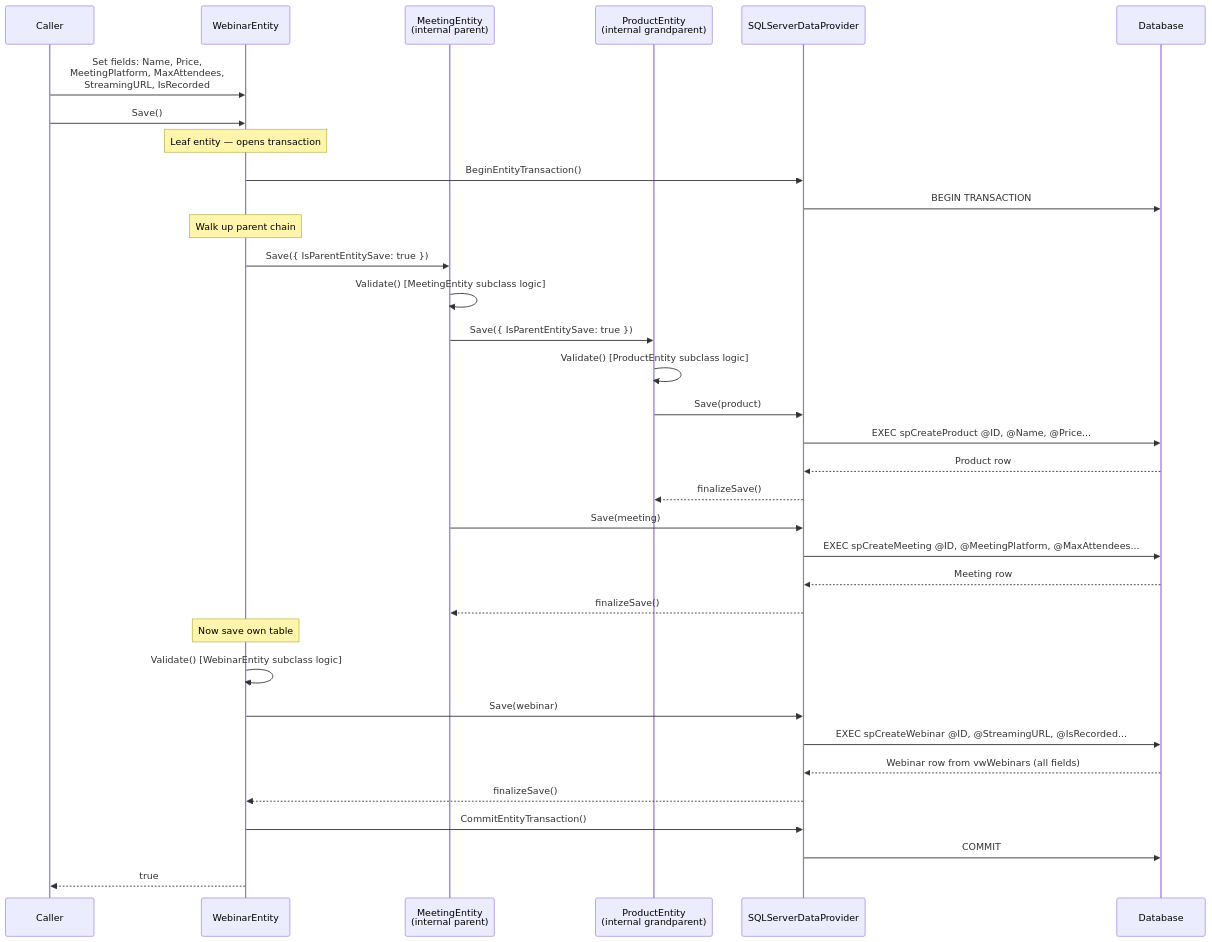
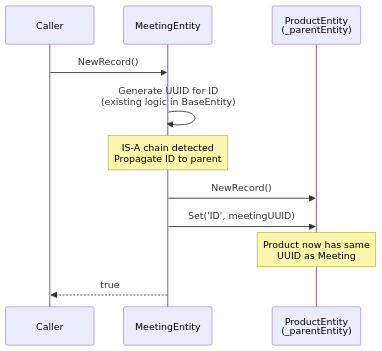
One commit to MemberJunction/MJ changed the ninth of 13 diagrams in plans/entity-system-enhancements-virtual-and-supertype.md. Above: the diagram before and after it, drawn with Mermaid. The commit also changed other lines of this file, not shown here.

First line of the commit message:
docs: rewrite virtual entities & IS-A type modeling plan with refined architecture

````diff
--- a/plans/entity-system-enhancements-virtual-and-supertype.md
+++ b/plans/entity-system-enhancements-virtual-and-supertype.md
@@ -1279,44 +860,17 @@
 ```mermaid
 sequenceDiagram
     participant Caller
-    participant Webinar as WebinarEntity
-    participant Meeting as MeetingEntity<br/>(internal parent)
-    participant Product as ProductEntity<br/>(internal grandparent)
-    participant Provider as SQLServerDataProvider
-    participant DB as Database
+    participant Meeting as MeetingEntity
+    participant Product as ProductEntity<br/>(_parentEntity)
 
-    Caller->>Webinar: Set fields: Name, Price,<br/>MeetingPlatform, MaxAttendees,<br/>StreamingURL, IsRecorded
-    Caller->>Webinar: Save()
+    Caller->>Meeting: NewRecord()
+    Meeting->>Meeting: Generate UUID for ID<br/>(existing logic in BaseEntity)
 
-    Note over Webinar: Leaf entity — opens transaction
-    Webinar->>Provider: BeginEntityTransaction()
-    Provider->>DB: BEGIN TRANSACTION
+    Note over Meeting: IS-A chain detected<br/>Propagate ID to parent
 
-    Note over Webinar: Walk up parent chain
+    Meeting->>Product: NewRecord()
+    Meeting->>Product: Set('ID', meetingUUID)
+    Note over Product: Product now has same<br/>UUID as Meeting
 
-    Webinar->>Meeting: Save({ IsParentEntitySave: true })
-    Meeting->>Meeting: Validate() [MeetingEntity subclass logic]
-    Meeting->>Product: Save({ IsParentEntitySave: true })
-    Product->>Product: Validate() [ProductEntity subclass logic]
-    Product->>Provider: Save(product)
-    Provider->>DB: EXEC spCreateProduct @ID, @Name, @Price...
-    DB-->>Provider: Product row
-    Provider-->>Product: finalizeSave()
-
-    Meeting->>Provider: Save(meeting)
-    Provider->>DB: EXEC spCreateMeeting @ID, @MeetingPlatform, @MaxAttendees...
-    DB-->>Provider: Meeting row
-    Provider-->>Meeting: finalizeSave()
-
-    Note over Webinar: Now save own table
-    Webinar->>Webinar: Validate() [WebinarEntity subclass logic]
-    Webinar->>Provider: Save(webinar)
-    Provider->>DB: EXEC spCreateWebinar @ID, @StreamingURL, @IsRecorded...
-    DB-->>Provider: Webinar row from vwWebinars (all fields)
-    Provider-->>Webinar: finalizeSave()
-
-    Webinar->>Provider: CommitEntityTransaction()
-    Provider->>DB: COMMIT
-
-    Webinar-->>Caller: true
+    Meeting-->>Caller: true
 ```
````
